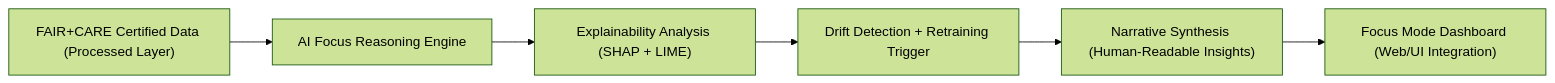
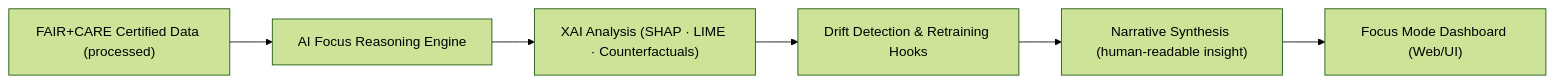
Before and after one commit to bartytime4life/Kansas-Frontier-Matrix: the second of 3 diagrams in docs/architecture/ai-system-architecture.md, drawn with Mermaid (forest theme). The commit also changed other lines of this file, not shown here.

````diff
--- a/docs/architecture/ai-system-architecture.md
+++ b/docs/architecture/ai-system-architecture.md
@@ -87,8 +87,8 @@
 ```mermaid
 flowchart LR
-    A["FAIR+CARE Certified Data (Processed Layer)"] --> B["AI Focus Reasoning Engine"]
-    B --> C["Explainability Analysis (SHAP + LIME)"]
-    C --> D["Drift Detection + Retraining Trigger"]
-    D --> E["Narrative Synthesis (Human-Readable Insights)"]
-    E --> F["Focus Mode Dashboard (Web/UI Integration)"]
+    A["FAIR+CARE Certified Data (processed)"] --> B["AI Focus Reasoning Engine"]
+    B --> C["XAI Analysis (SHAP · LIME · Counterfactuals)"]
+    C --> D["Drift Detection & Retraining Hooks"]
+    D --> E["Narrative Synthesis (human-readable insight)"]
+    E --> F["Focus Mode Dashboard (Web/UI)"]
 ```
````
